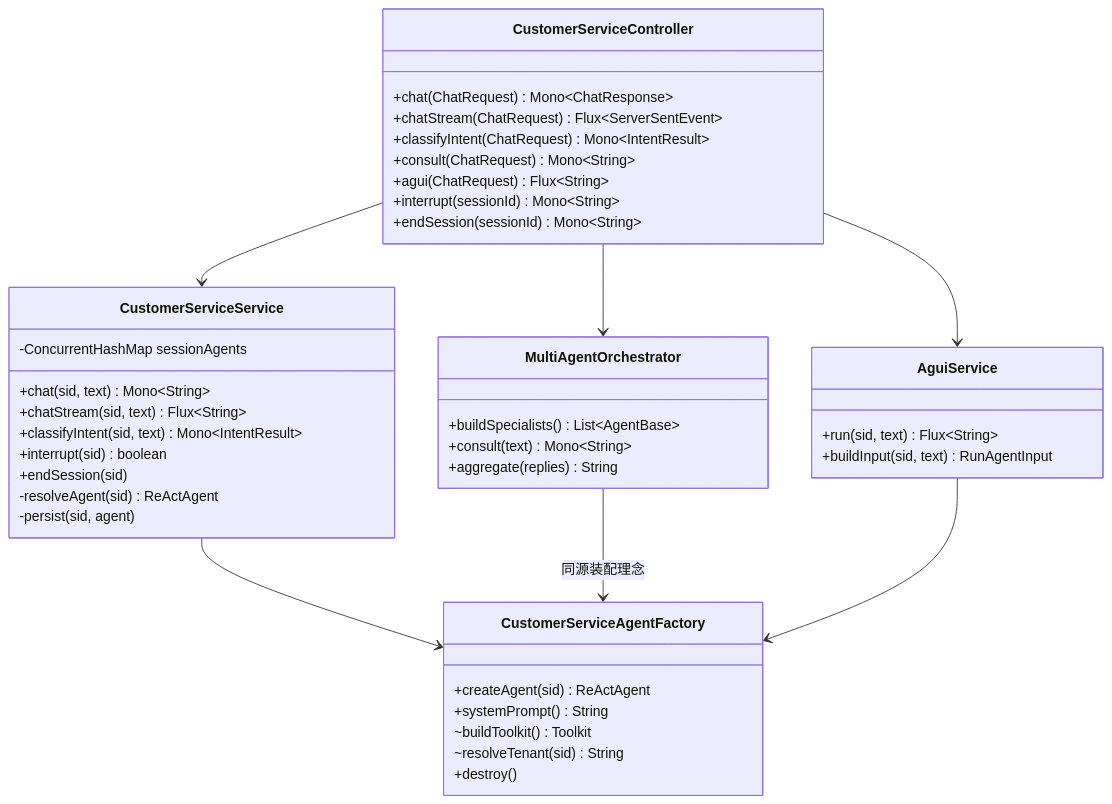
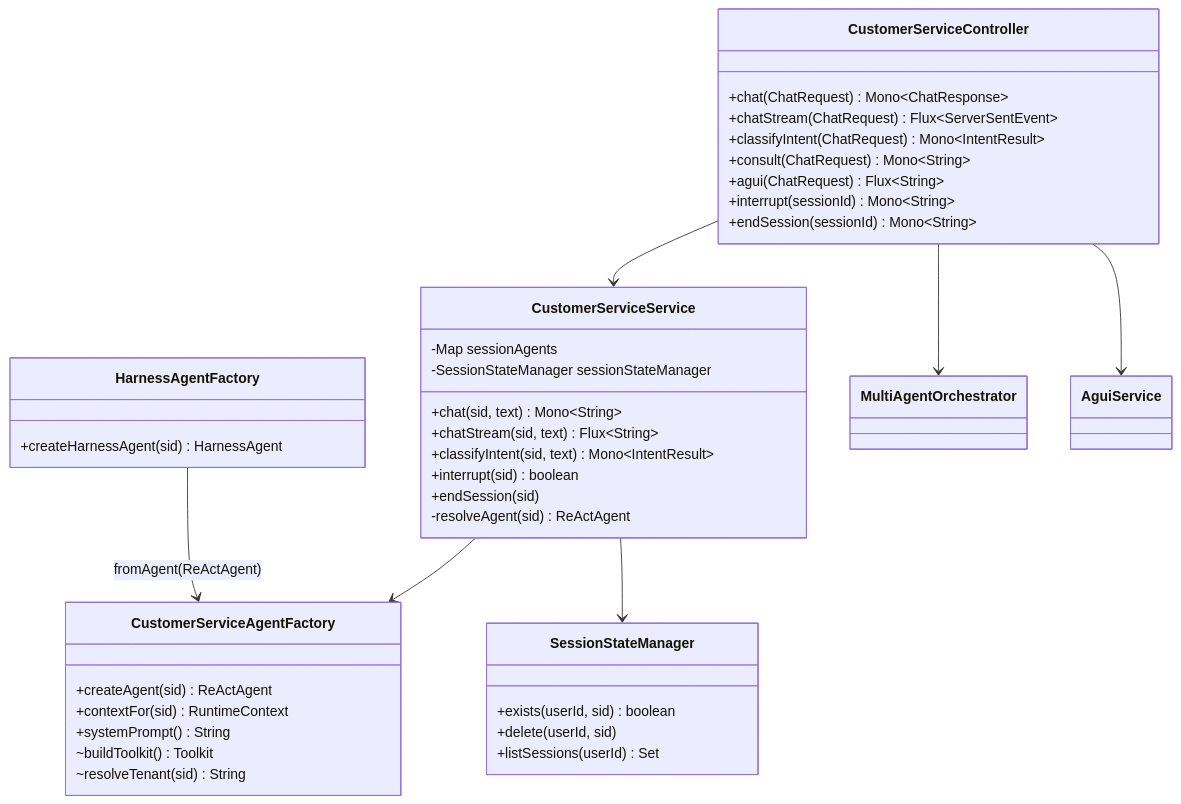
One commit to liulangjietou/customer_work changed the fourth of 26 diagrams in docs/详细技术文档.md. Above: the diagram before and after it, drawn with Mermaid. The commit also changed other lines of this file, not shown here.

First line of the commit message:
docs: 详细技术文档整篇重写为 AgentScope 2.0 版

````diff
--- a/docs/详细技术文档.md
+++ b/docs/详细技术文档.md
@@ -197,44 +207,43 @@
 ```mermaid
 classDiagram
     class CustomerServiceController {
         +chat(ChatRequest) Mono~ChatResponse~
         +chatStream(ChatRequest) Flux~ServerSentEvent~
         +classifyIntent(ChatRequest) Mono~IntentResult~
         +consult(ChatRequest) Mono~String~
         +agui(ChatRequest) Flux~String~
         +interrupt(sessionId) Mono~String~
         +endSession(sessionId) Mono~String~
     }
     class CustomerServiceService {
-        -ConcurrentHashMap sessionAgents
+        -Map sessionAgents
+        -SessionStateManager sessionStateManager
         +chat(sid, text) Mono~String~
         +chatStream(sid, text) Flux~String~
         +classifyIntent(sid, text) Mono~IntentResult~
         +interrupt(sid) boolean
         +endSession(sid)
         -resolveAgent(sid) ReActAgent
-        -persist(sid, agent)
-    }
-    class MultiAgentOrchestrator {
-        +buildSpecialists() List~AgentBase~
-        +consult(text) Mono~String~
-        +aggregate(replies) String
-    }
-    class AguiService {
-        +run(sid, text) Flux~String~
-        +buildInput(sid, text) RunAgentInput
     }
     class CustomerServiceAgentFactory {
         +createAgent(sid) ReActAgent
+        +contextFor(sid) RuntimeContext
         +systemPrompt() String
         ~buildToolkit() Toolkit
         ~resolveTenant(sid) String
-        +destroy()
+    }
+    class HarnessAgentFactory {
+        +createHarnessAgent(sid) HarnessAgent
+    }
+    class SessionStateManager {
+        +exists(userId, sid) boolean
+        +delete(userId, sid)
+        +listSessions(userId) Set
     }
     CustomerServiceController --> CustomerServiceService
     CustomerServiceController --> MultiAgentOrchestrator
     CustomerServiceController --> AguiService
     CustomerServiceService --> CustomerServiceAgentFactory
-    MultiAgentOrchestrator --> CustomerServiceAgentFactory : 同源装配理念
-    AguiService --> CustomerServiceAgentFactory
+    CustomerServiceService --> SessionStateManager
+    HarnessAgentFactory --> CustomerServiceAgentFactory : fromAgent(ReActAgent)
 ```
````
